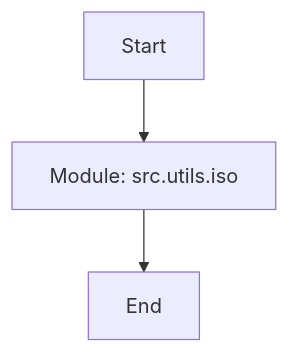
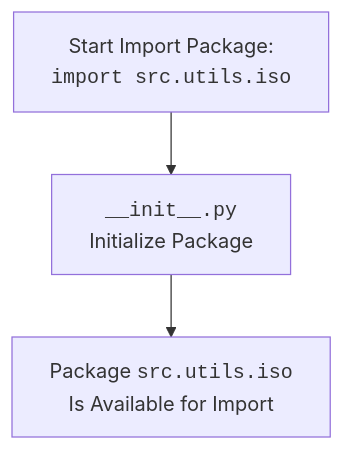
One commit to hypo69/hypo changed the diagram in docs/gemini/ru/explainer/src/utils/iso/__init__.py.md. Above: the diagram before and after it, drawn with Mermaid. The commit also changed other lines of this file and 1505 other files, not shown here.

````diff
--- a/docs/gemini/ru/explainer/src/utils/iso/__init__.py.md
+++ b/docs/gemini/ru/explainer/src/utils/iso/__init__.py.md
@@ -23,5 +19,5 @@
 ```mermaid
 flowchart TD
-    Start --> ModuleDefinition[Module: src.utils.iso]
-    ModuleDefinition --> End
+    Start[Start Import Package: <br> <code>import src.utils.iso</code>] --> Init[<code>__init__.py</code><br>Initialize Package]
+    Init --> Finish[Package <code>src.utils.iso</code><br>Is Available for Import]
 ```
````
